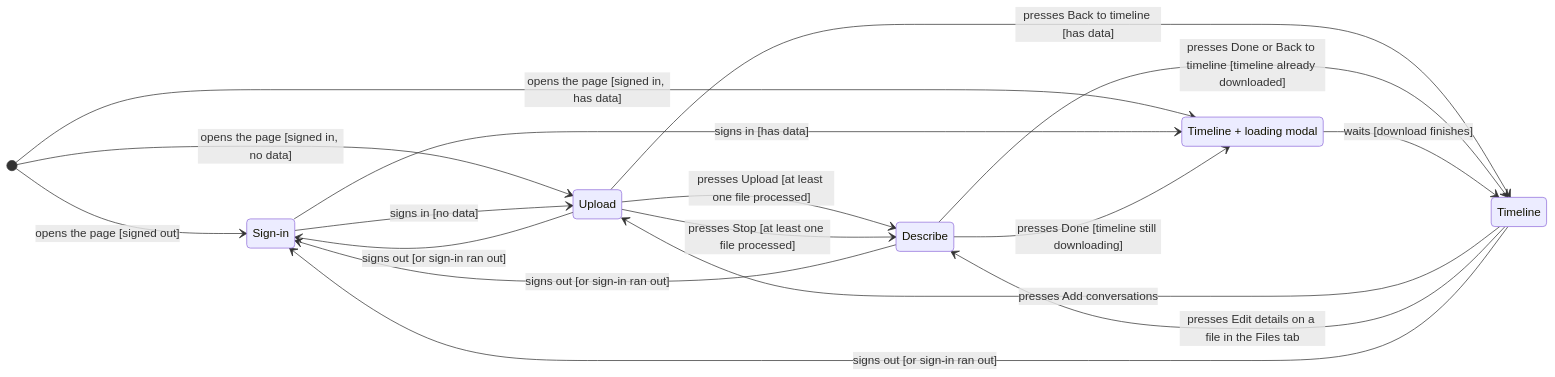
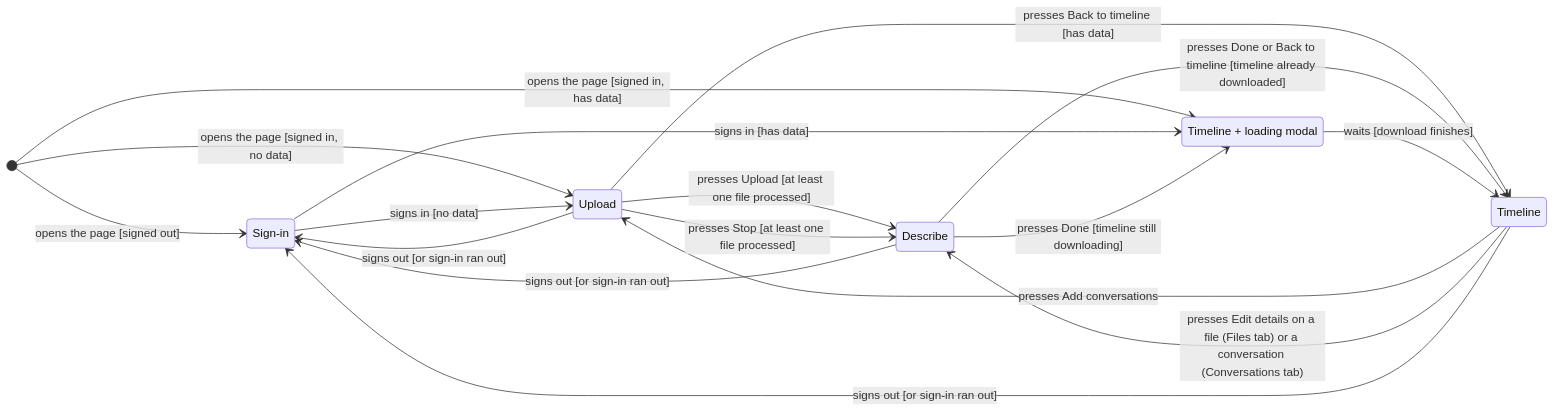
One commit to Telotrope/conversation-timeline changed the diagram in docs/plans/2026-10-05-screen-flow.md. Above: the diagram before and after it, drawn with Mermaid. The commit also changed other lines of this file, not shown here.

First line of the commit message:
Plan: recognize earlier conversations and merge new messages; per-conversation edits

````diff
--- a/docs/plans/2026-10-05-screen-flow.md
+++ b/docs/plans/2026-10-05-screen-flow.md
@@ -66,32 +66,32 @@
 ```mermaid
 stateDiagram-v2
     direction LR
     SignIn: Sign-in
     Upload: Upload
     Describe: Describe
     Loading: Timeline + loading modal
     Timeline: Timeline
 
     [*] --> SignIn: opens the page [signed out]
     [*] --> Upload: opens the page [signed in, no data]
     [*] --> Loading: opens the page [signed in, has data]
 
     SignIn --> Upload: signs in [no data]
     SignIn --> Loading: signs in [has data]
 
     Upload --> Describe: presses Upload [at least one file processed]
     Upload --> Describe: presses Stop [at least one file processed]
     Upload --> Timeline: presses Back to timeline [has data]
 
     Describe --> Loading: presses Done [timeline still downloading]
     Describe --> Timeline: presses Done or Back to timeline [timeline already downloaded]
 
     Loading --> Timeline: waits [download finishes]
 
     Timeline --> Upload: presses Add conversations
-    Timeline --> Describe: presses Edit details on a file in the Files tab
+    Timeline --> Describe: presses Edit details on a file (Files tab) or a conversation (Conversations tab)
 
     Upload --> SignIn: signs out [or sign-in ran out]
     Describe --> SignIn: signs out [or sign-in ran out]
     Timeline --> SignIn: signs out [or sign-in ran out]
 ```
````
